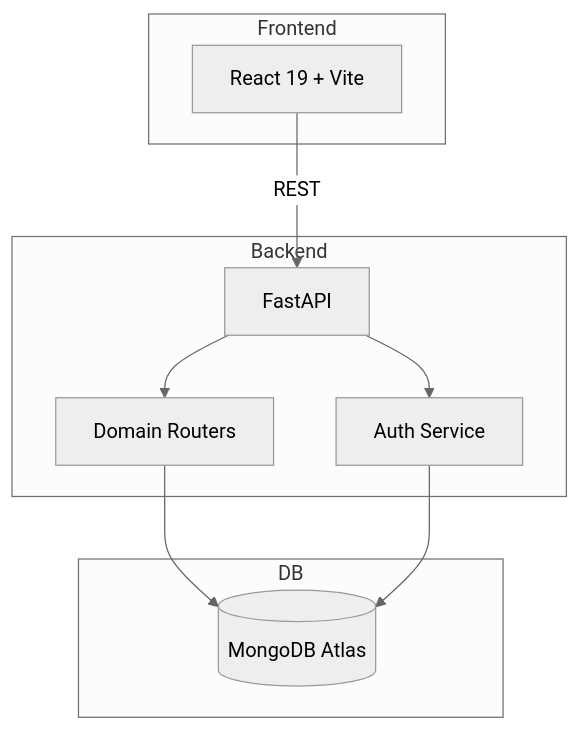
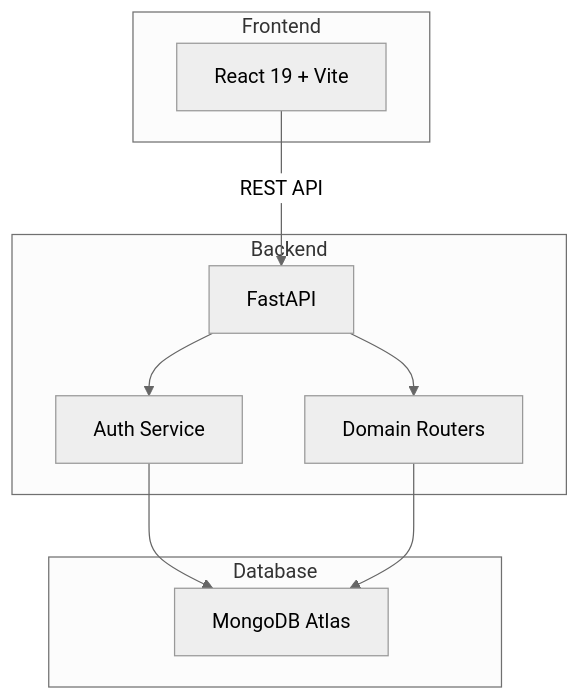
The second of 2 diagrams in README.md (sunilt808/Noq-Multi-Tenant_Hospital_Management_System), drawn with Mermaid (neutral theme) before and after one commit. The commit also changed other lines of this file, not shown here.

````diff
--- a/README.md
+++ b/README.md
@@ -162,20 +146,23 @@
 ```mermaid
 flowchart TB
-    subgraph Frontend
-        React[React 19 + Vite]
-    end
-    subgraph Backend
-        FastAPI[FastAPI]
-        Auth[Auth Service]
-        Router[Domain Routers]
-    end
-    subgraph DB
-        Mongo[(MongoDB Atlas)]
+
+    subgraph Frontend["Frontend"]
+        React["React 19 + Vite"]
     end
 
-    React -->|REST| FastAPI
+    subgraph Backend["Backend"]
+        FastAPI["FastAPI"]
+        Auth["Auth Service"]
+        Router["Domain Routers"]
+    end
+
+    subgraph Database["Database"]
+        Mongo["MongoDB Atlas"]
+    end
+
+    React -->|REST API| FastAPI
     FastAPI --> Auth
     FastAPI --> Router
+    Auth --> Mongo
     Router --> Mongo
-    Auth --> Mongo
 ```
````
